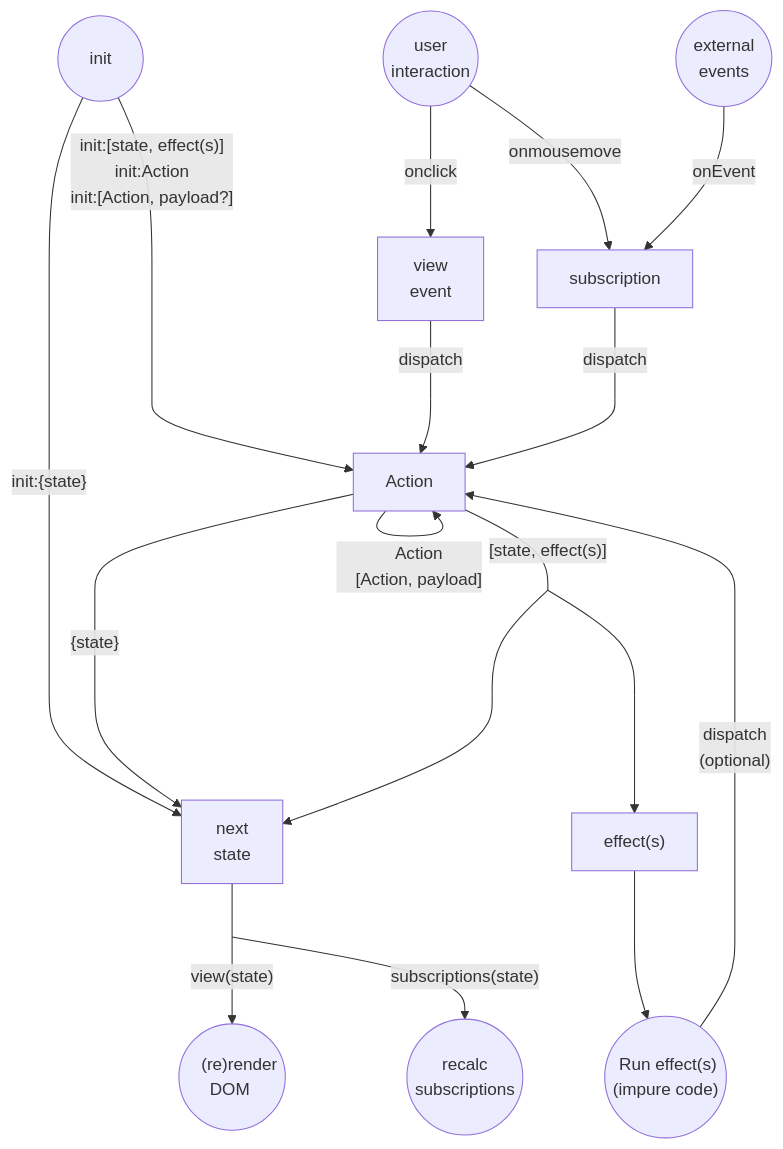
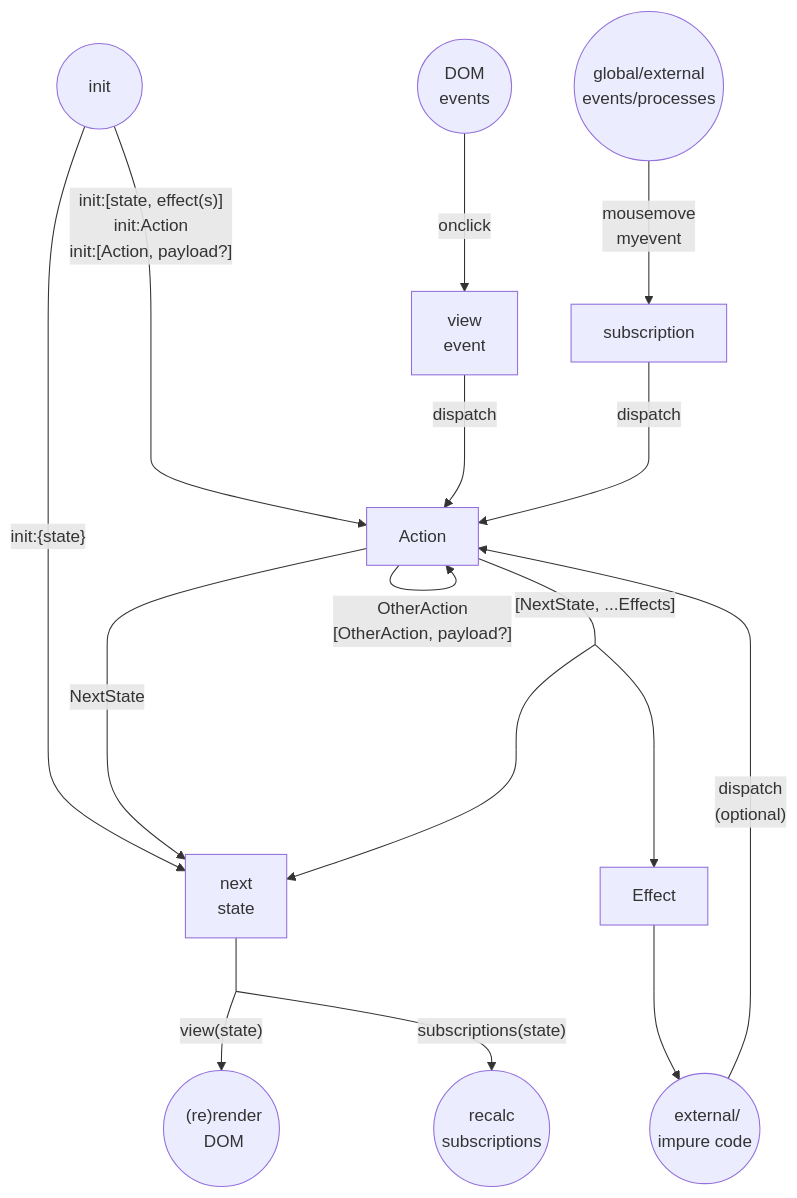
The diagram in docs/architecture/flowchart.md (jorgebucaran/hyperapp), drawn with Mermaid before and after one commit.

````diff
--- a/docs/architecture/flowchart.md
+++ b/docs/architecture/flowchart.md
@@ -1,32 +1,31 @@
 ```mermaid
 graph TD
-    userInteraction((user<br/>interaction)) -->|onclick| viewEvent[view<br/>event]
     init(("&nbsp;&nbsp;&nbsp;&nbsp;&nbsp;init&nbsp;&nbsp;&nbsp;&nbsp;&nbsp;"))
     init --> |"init:{state}"|nextState
-    userInteraction -->|onmousemove| subscription
     init --- |"init:[state, effect(s)]<br/>init:Action<br/>init:[Action, payload?]"|j0[ ]
     j0 --- j8[ ] --> Action
+    domevent(("&nbsp;&nbsp;&nbsp;&nbsp;DOM&nbsp;&nbsp;&nbsp;&nbsp;<br/>events")) -->|onclick| viewEvent[view<br/>event]
     viewEvent --- |dispatch|j6[ ] --> Action
-    externalEvents(("&nbsp;&nbsp;external&nbsp;&nbsp;<br/>events")) -->|onEvent| subscription
+    externalEvents(("global/external<br/>events/processes")) -->|mousemove<br/>myevent| subscription
     subscription --- |dispatch|j7[ ] -->Action
-    Action -->|"&nbsp;&nbsp;&nbsp;&nbsp;Action<br/>&nbsp;&nbsp;&nbsp;&nbsp;[Action, payload]"|Action
-    Action --> |"{state}"| nextState[next<br/>state]
-    Action --- |"[state, effect(s)]"|j3[ ]
+    Action -->|"OtherAction<br/>[OtherAction, payload?]"|Action
+    Action --> |"NextState"| nextState[next<br/>state]
+    Action --- |"[NextState, ...Effects]"|j3[ ]
     j3 --- j10[ ] --> nextState
-    j3 --- j4[ ] --> effect["effect(s)"]
-    effect --- j13[ ] --> runEffect(("&nbsp;Run effect(s)<br/>(impure code)"))
+    j3 --- j4[ ] --> effect["Effect"]
+    effect --- j13[ ] --> runEffect(("&nbsp;external/<br/>impure code"))
     runEffect --> |"dispatch<br/>(optional)"|Action
     nextState --- j5[ ]
-    j5 --> |"view(state)"|newDom(("&nbsp;&nbsp;&nbsp;(re)render<br/>&nbsp;&nbsp;DOM&nbsp;&nbsp;&nbsp;"))
+    j5 --> |"view(state)"|newDom(("&nbsp;&nbsp;&nbsp;(re)render&nbsp;&nbsp;<br/>&nbsp;&nbsp;&nbsp;&nbsp;DOM&nbsp;&nbsp;&nbsp;"))
     j5 --> |"subscriptions(state)"|recalcSubs((recalc<br/>subscriptions))
     
     style j0 height:0px;
     style j3 height:0px;
     style j4 height:0px;
     style j5 height:0px;
     style j6 height:0px;
     style j7 height:0px;
     style j8 height:0px;
     style j10 height:0px;
     style j13 height:0px;
 ```
````
